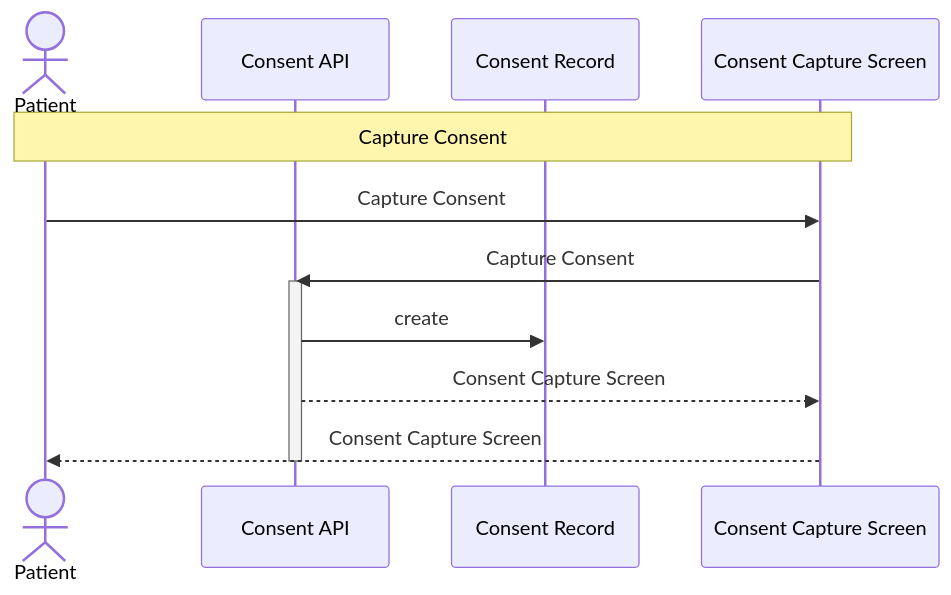
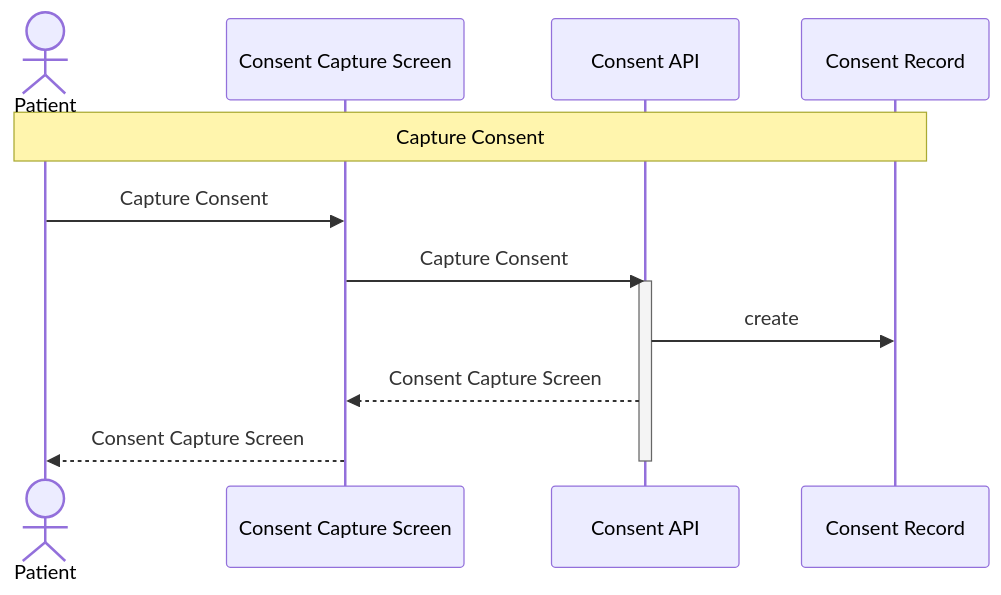
The diagram in samples/clinic-ops/out/uc/sequence_capture_consent.mmd (manji-0/rdra-ish-dsl), drawn with Mermaid before and after one commit. The commit also changed 82 other files, not shown here.

Commit message:
fix: order sequence participants by interaction flow

```diff
--- a/samples/clinic-ops/out/uc/sequence_capture_consent.mmd
+++ b/samples/clinic-ops/out/uc/sequence_capture_consent.mmd
@@ -1,14 +1,14 @@
 sequenceDiagram
   actor Patient as Patient
+  participant ConsentScreen as Consent Capture Screen
   participant ConsentApi as Consent API
   participant ConsentRecord as Consent Record
-  participant ConsentScreen as Consent Capture Screen
 
-  Note over Patient,ConsentScreen: Capture Consent
+  Note over Patient,ConsentRecord: Capture Consent
   Patient->>ConsentScreen: Capture Consent
   ConsentScreen->>ConsentApi: Capture Consent
   activate ConsentApi
   ConsentApi->>ConsentRecord: create
   ConsentApi-->>ConsentScreen: Consent Capture Screen
   ConsentScreen-->>Patient: Consent Capture Screen
   deactivate ConsentApi
```
